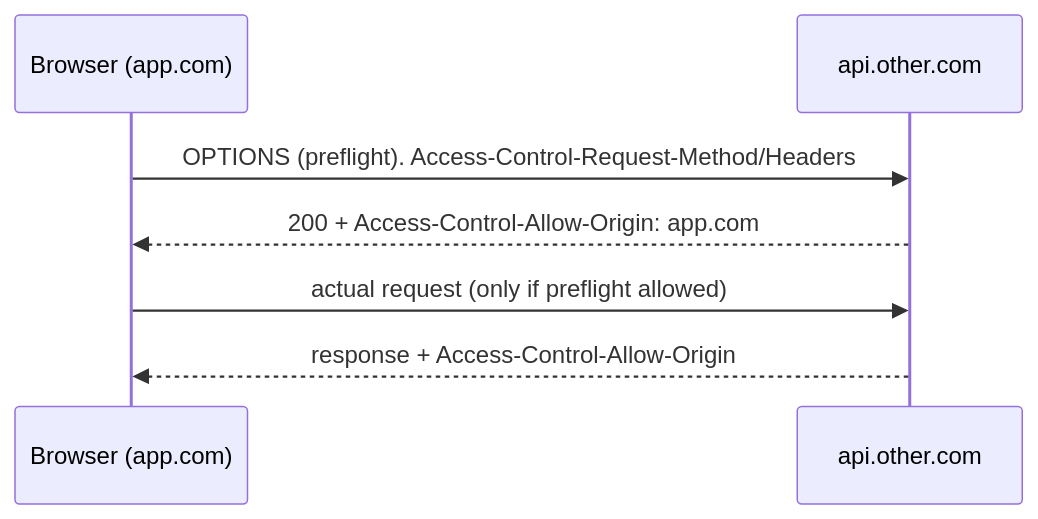
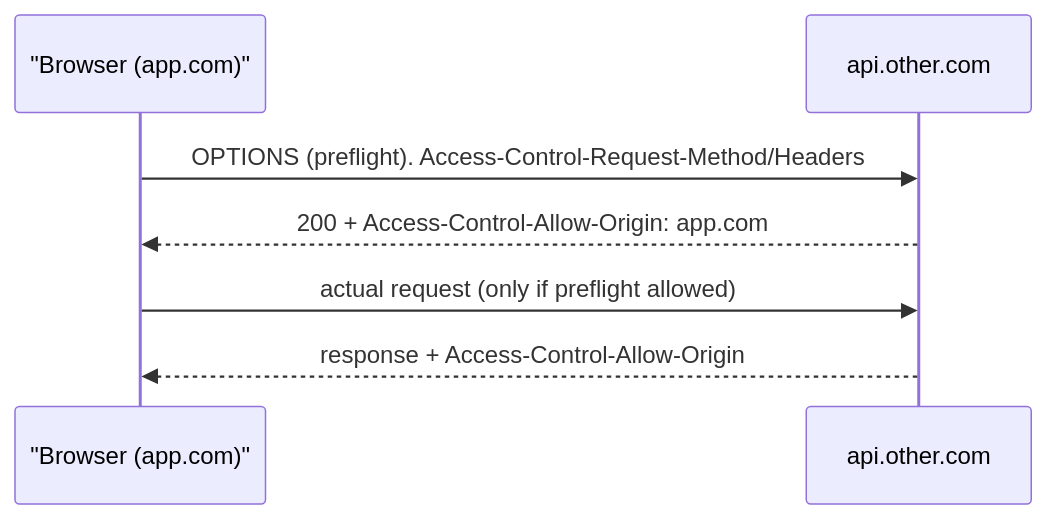
The third of 3 diagrams in packages/content/content/13-networking-http.mdx (ashishxcode/frontend-internals), drawn with Mermaid before and after one commit. The commit also changed 8 other files, not shown here.

First line of the commit message:
content: expand 5 thin chapters + fix mermaid syntax for v11

````diff
--- a/packages/content/content/13-networking-http.mdx
+++ b/packages/content/content/13-networking-http.mdx
@@ -63,9 +63,9 @@
 ```mermaid
 sequenceDiagram
-  participant B as Browser (app.com)
+  participant B as "Browser (app.com)"
   participant S as api.other.com
   B->>S: OPTIONS (preflight). Access-Control-Request-Method/Headers
   S-->>B: 200 + Access-Control-Allow-Origin: app.com
   B->>S: actual request (only if preflight allowed)
   S-->>B: response + Access-Control-Allow-Origin
 ```
````
